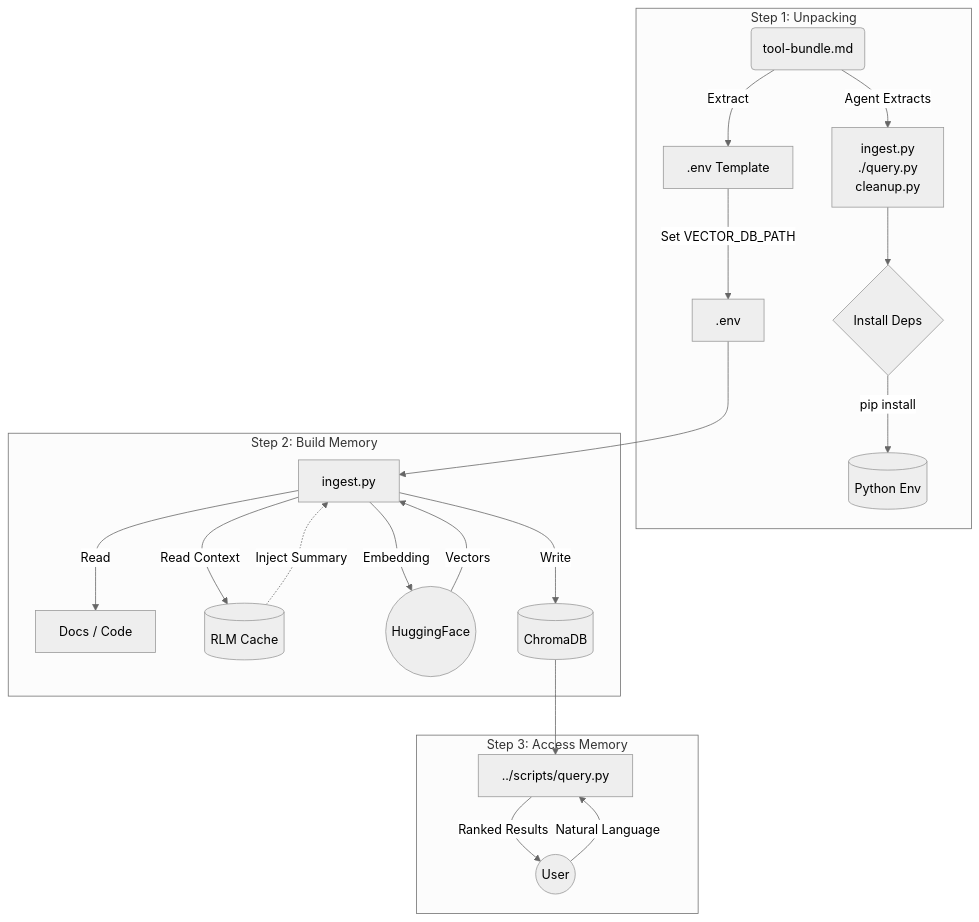
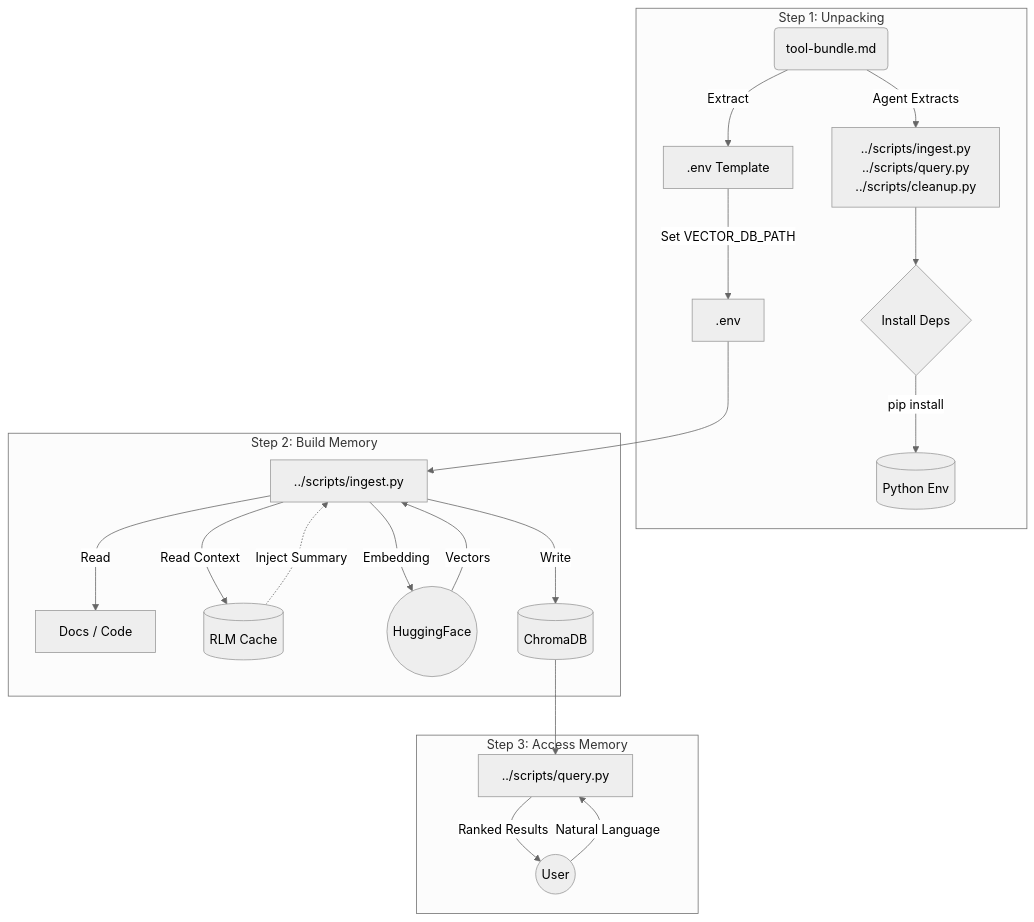
One commit to richfrem/agent-plugins-skills changed the diagram in plugins/vector-db/references/logic.mmd. Above: the diagram before and after it, drawn with Mermaid (neutral theme). The commit also changed 12 other files, not shown here.

```diff
--- a/plugins/vector-db/references/logic.mmd
+++ b/plugins/vector-db/references/logic.mmd
@@ -1,25 +1,25 @@
 flowchart TD
     subgraph Initialization [Step 1: Unpacking]
         Bundle(tool-bundle.md) -- Agent Extracts --> Scripts
-        Scripts[ingest.py\n./query.py\ncleanup.py]
+        Scripts[../scripts/ingest.py\n../scripts/query.py\n../scripts/cleanup.py]
         Bundle -- Extract --> Config[.env Template]
         Scripts --> Install{Install Deps}
         Install -- "pip install" --> Venv[(Python Env)]
         Config -- "Set VECTOR_DB_PATH" --> Env[.env]
     end
 
     subgraph Ingestion [Step 2: Build Memory]
-        Env --> Ingest[ingest.py]
+        Env --> Ingest[../scripts/ingest.py]
         Ingest -- "Read" --> Markdown[Docs / Code]
         Ingest -- "Read Context" --> RLM[(RLM Cache)]
         RLM -. "Inject Summary" .-> Ingest
         Ingest -- "Embedding" --> HF((HuggingFace))
         HF -- "Vectors" --> Ingest
         Ingest -- "Write" --> Chroma[(ChromaDB)]
     end
 
     subgraph Retrieval [Step 3: Access Memory]
         Chroma --> Query[../scripts/query.py]
         User((User)) -- "Natural Language" --> Query
         Query -- "Ranked Results" --> User
     end
```
